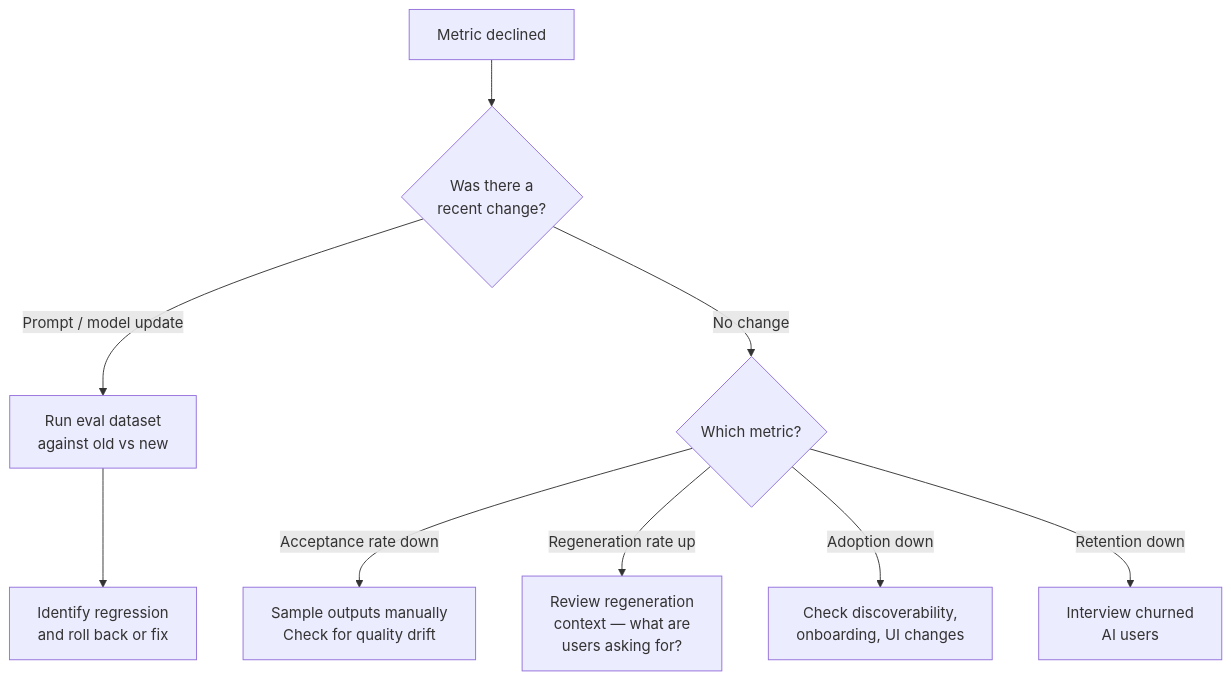
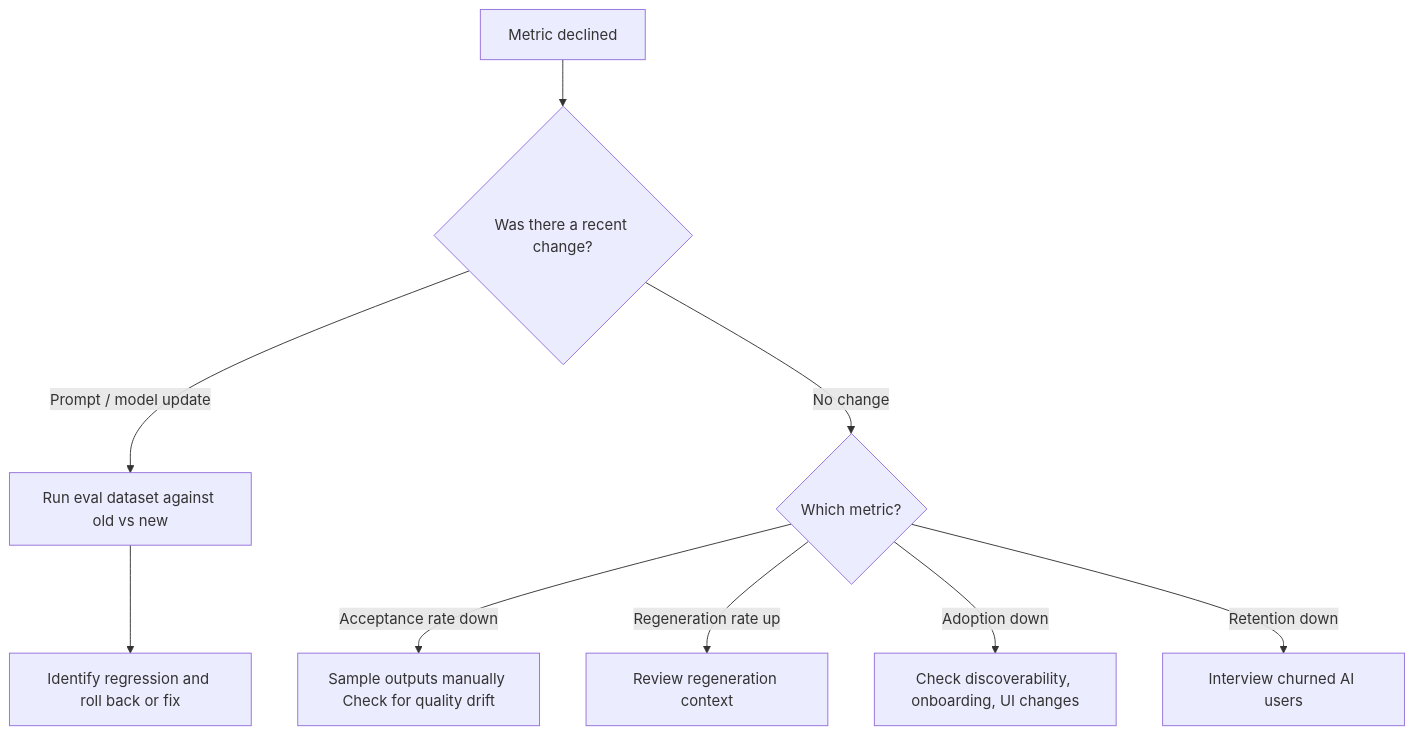
Before and after one commit to mjac-yue/ai-architecture-for-pms: the second of 2 diagrams in module-19-measuring-ai-product-success.md, drawn with Mermaid. The commit also changed other lines of this file and 15 other files, not shown here.

First line of the commit message:
Remove HTML tags from Mermaid node labels for Obsidian compatibility

````diff
--- a/module-19-measuring-ai-product-success.md
+++ b/module-19-measuring-ai-product-success.md
@@ -200,11 +200,11 @@
 ```mermaid
 flowchart TD
-    A["Metric declined"] --> B{"Was there a<br>recent change?"}
-    B -- "Prompt / model update" --> C["Run eval dataset<br>against old vs new"]
+    A["Metric declined"] --> B{"Was there a recent change?"}
+    B -- "Prompt / model update" --> C["Run eval dataset against old vs new"]
     B -- "No change" --> D{"Which metric?"}
-    D -- "Acceptance rate down" --> E["Sample outputs manually<br>Check for quality drift"]
-    D -- "Regeneration rate up" --> F["Review regeneration<br>context — what are<br>users asking for?"]
-    D -- "Adoption down" --> G["Check discoverability,<br>onboarding, UI changes"]
-    D -- "Retention down" --> H["Interview churned<br>AI users"]
-    C --> I["Identify regression<br>and roll back or fix"]
+    D -- "Acceptance rate down" --> E["Sample outputs manually Check for quality drift"]
+    D -- "Regeneration rate up" --> F["Review regeneration context"]
+    D -- "Adoption down" --> G["Check discoverability, onboarding, UI changes"]
+    D -- "Retention down" --> H["Interview churned AI users"]
+    C --> I["Identify regression and roll back or fix"]
 ```
````
